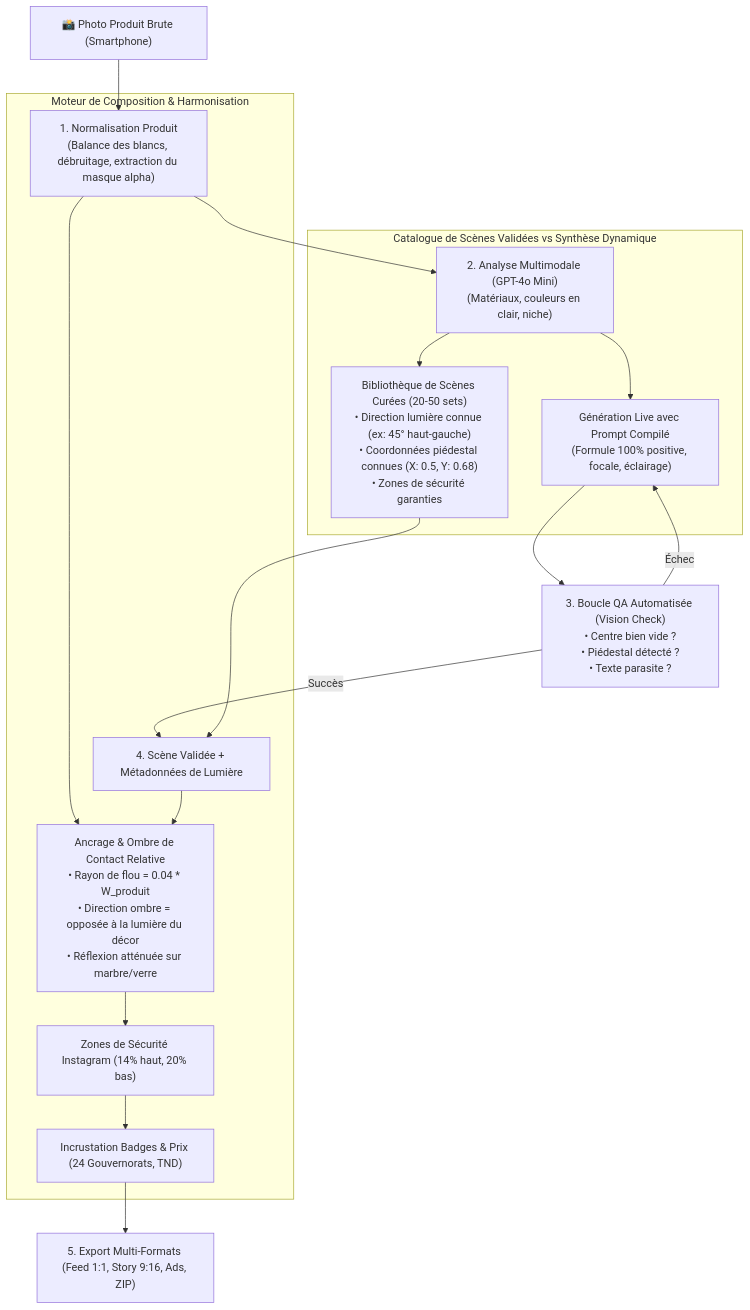
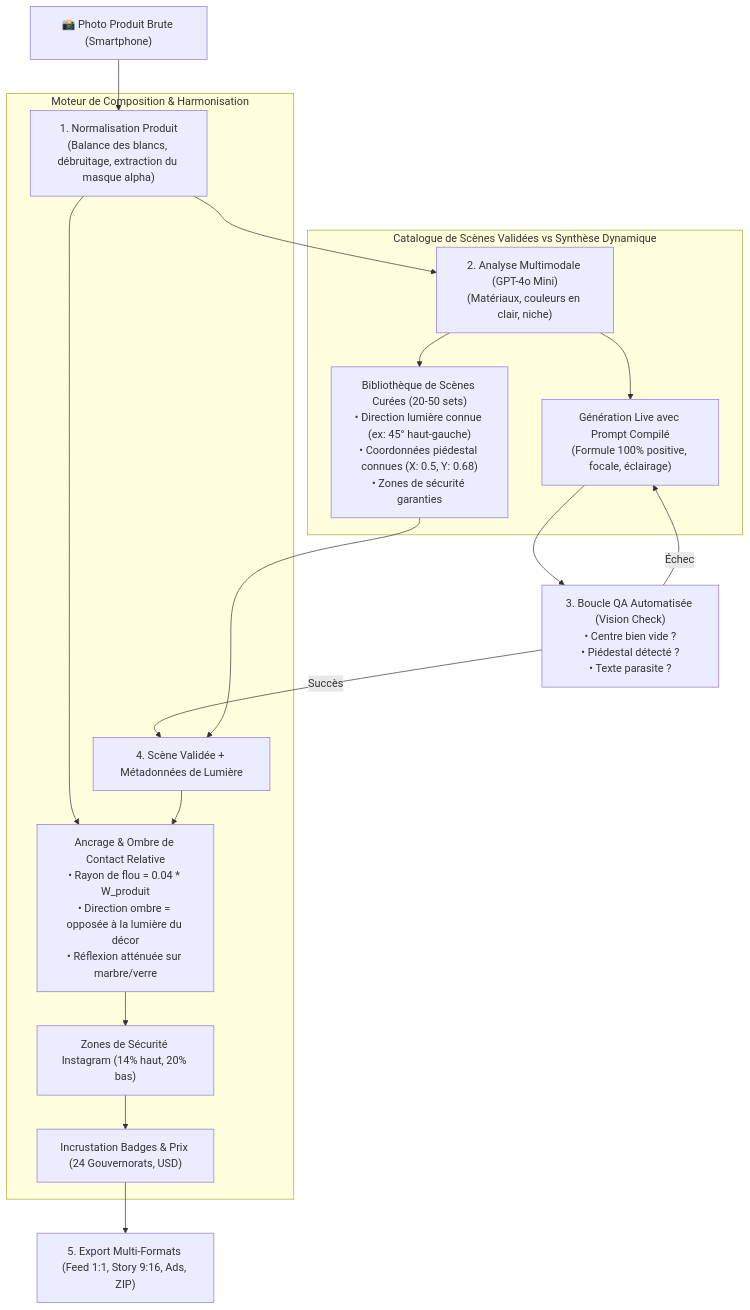
One commit to kthirithamer1-cell/adora changed the diagram in docs/PROMPT_ENGINEERING_ARCHITECTURE.md. Above: the diagram before and after it, drawn with Mermaid. The commit also changed other lines of this file and 177 other files, not shown here.

````diff
--- a/docs/PROMPT_ENGINEERING_ARCHITECTURE.md
+++ b/docs/PROMPT_ENGINEERING_ARCHITECTURE.md
@@ -26,23 +26,23 @@
 ```mermaid
 graph TD
     A["📸 Photo Produit Brute (Smartphone)"] --> B["1. Normalisation Produit<br/>(Balance des blancs, débruitage, extraction du masque alpha)"]
     B --> C["2. Analyse Multimodale (GPT-4o Mini)<br/>(Matériaux, couleurs en clair, niche)"]
     
     subgraph "Catalogue de Scènes Validées vs Synthèse Dynamique"
         C --> D1["Bibliothèque de Scènes Curées (20-50 sets)<br/>• Direction lumière connue (ex: 45° haut-gauche)<br/>• Coordonnées piédestal connues (X: 0.5, Y: 0.68)<br/>• Zones de sécurité garanties"]
         C --> D2["Génération Live avec Prompt Compilé<br/>(Formule 100% positive, focale, éclairage)"]
     end
 
     D2 --> E["3. Boucle QA Automatisée (Vision Check)<br/>• Centre bien vide ?<br/>• Piédestal détecté ?<br/>• Texte parasite ?"]
     E -- "Échec" --> D2
     E -- "Succès" --> F["4. Scène Validée + Métadonnées de Lumière"]
     D1 --> F
 
     subgraph "Moteur de Composition & Harmonisation"
         B & F --> G["Ancrage & Ombre de Contact Relative<br/>• Rayon de flou = 0.04 * W_produit<br/>• Direction ombre = opposée à la lumière du décor<br/>• Réflexion atténuée sur marbre/verre"]
         G --> H["Zones de Sécurité Instagram (14% haut, 20% bas)"]
-        H --> I["Incrustation Badges & Prix (24 Gouvernorats, TND)"]
+        H --> I["Incrustation Badges & Prix (24 Gouvernorats, USD)"]
     end
 
     I --> J["5. Export Multi-Formats (Feed 1:1, Story 9:16, Ads, ZIP)"]
 ```
````
